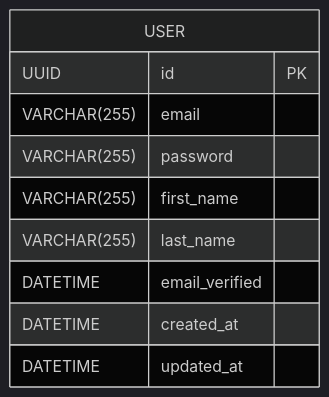
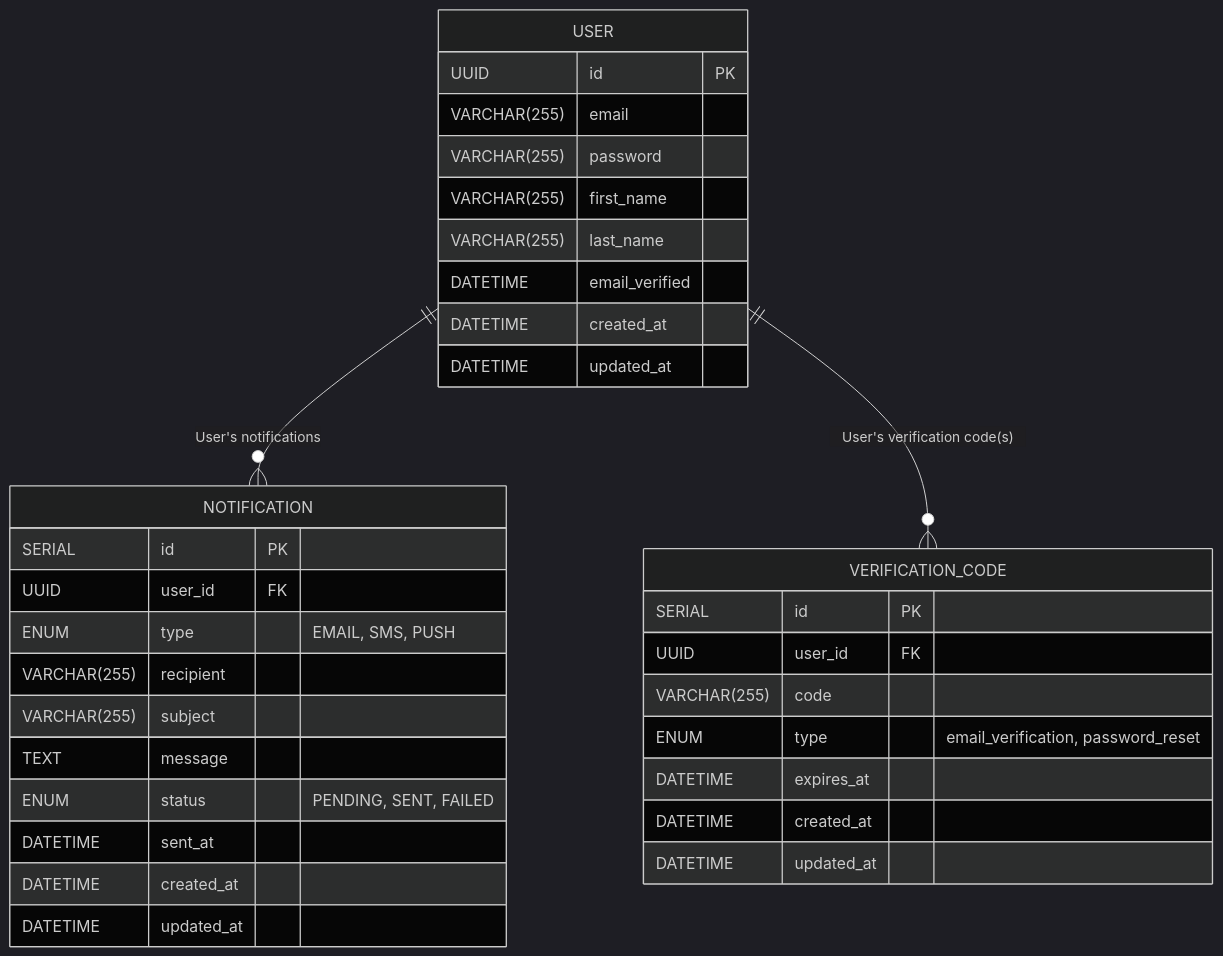
One commit to Al-Ghoul/RealEstate-API changed the diagram in app/src/db/README.md. Above: the diagram before and after it, drawn with Mermaid. The commit also changed 11 other files, not shown here.

Commit message:
feat: add notifications and verification_codes tables

````diff
--- a/app/src/db/README.md
+++ b/app/src/db/README.md
@@ -5,16 +5,42 @@
 ```mermaid
 %%{init: {'theme':'dark'}}%%
 erDiagram
+
+USER ||--o{ NOTIFICATION : "User's notifications"
+USER ||--o{ VERIFICATION_CODE : "User's verification code(s)"
 
 USER {
     UUID id PK
     VARCHAR(255) email
     VARCHAR(255) password
     VARCHAR(255) first_name
     VARCHAR(255) last_name
     DATETIME email_verified
     DATETIME created_at
     DATETIME updated_at
 }
 
+NOTIFICATION {
+    SERIAL id PK
+    UUID user_id FK
+    ENUM type "EMAIL, SMS, PUSH"
+    VARCHAR(255) recipient
+    VARCHAR(255) subject
+    TEXT message
+    ENUM status "PENDING, SENT, FAILED"
+    DATETIME sent_at
+    DATETIME created_at
+    DATETIME updated_at
+}
+
+VERIFICATION_CODE {
+  SERIAL id PK
+  UUID user_id FK
+  VARCHAR(255) code
+  ENUM type "email_verification, password_reset"
+  DATETIME expires_at
+  DATETIME created_at
+  DATETIME updated_at
+}
+
 ```
````
